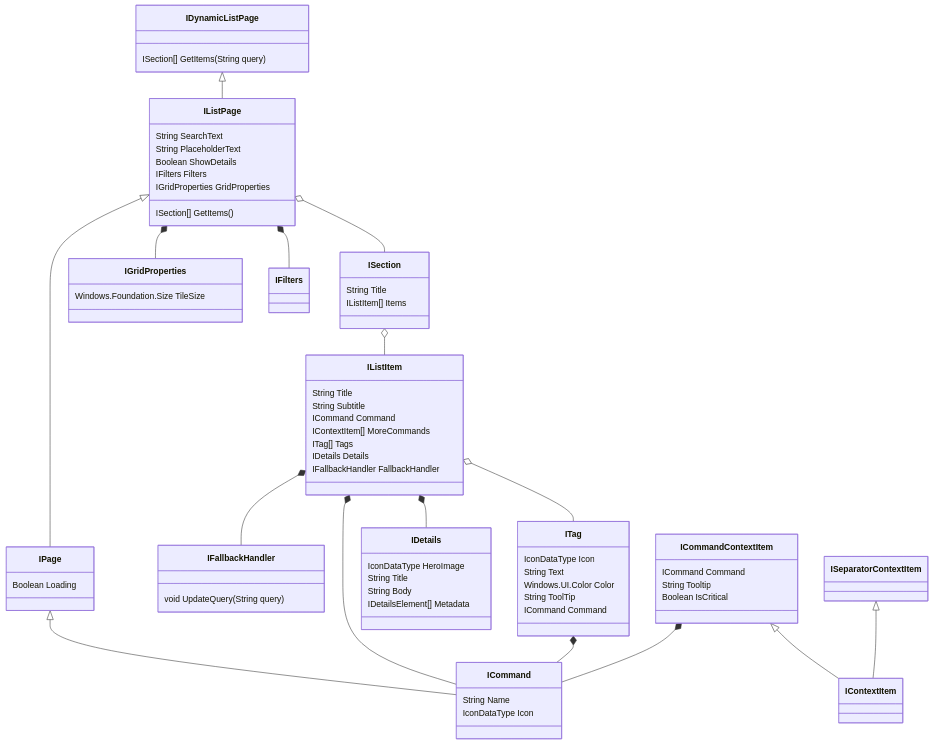
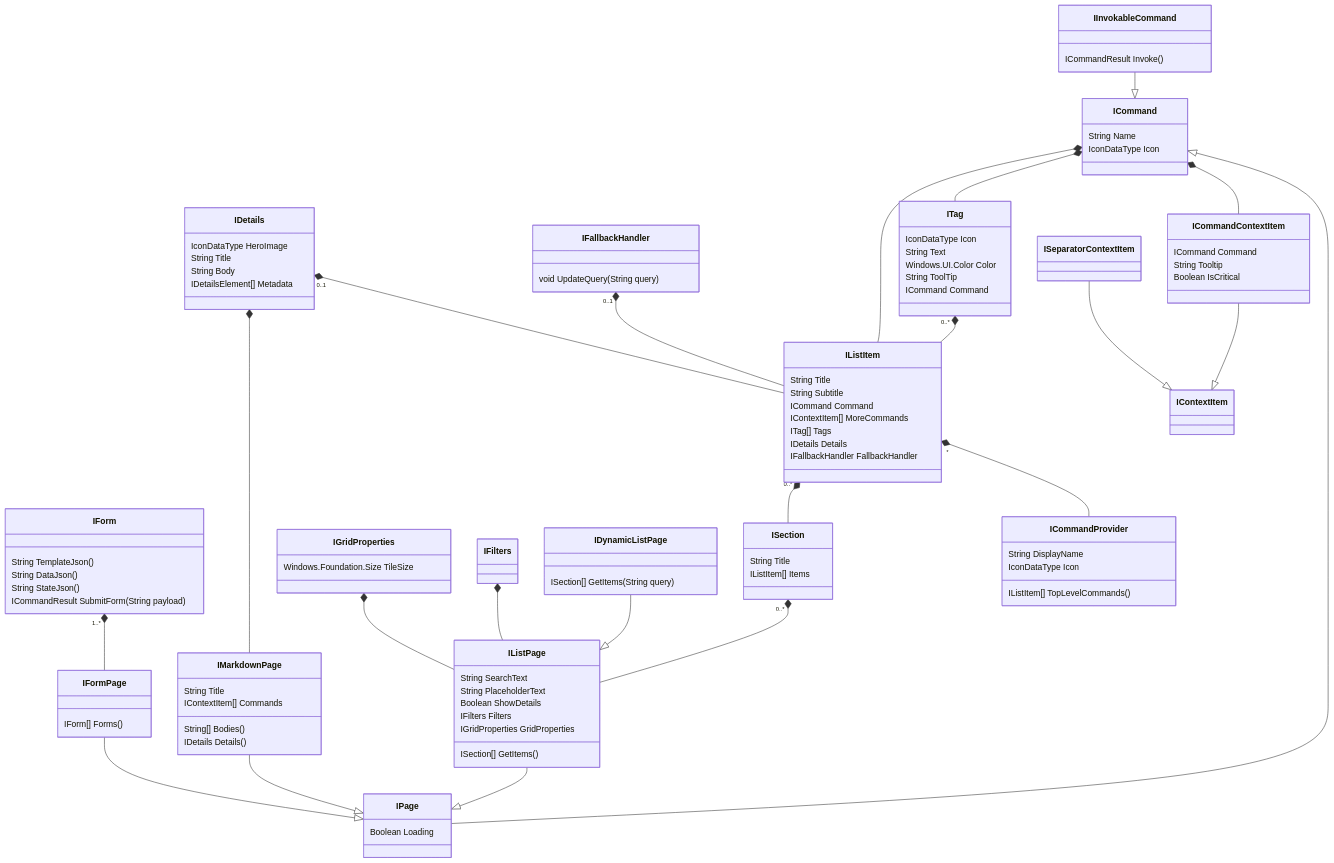
One commit to zadjii-msft/PowerToys changed the diagram in src/modules/cmdpal/doc/initial-sdk-spec/diagrams.md. Above: the diagram before and after it, drawn with Mermaid. The commit also changed other lines of this file and 1 other file, not shown here.

Commit message:
I actually like this diagram, it's not too bad

````diff
--- a/src/modules/cmdpal/doc/initial-sdk-spec/diagrams.md
+++ b/src/modules/cmdpal/doc/initial-sdk-spec/diagrams.md
@@ -53,15 +3,40 @@
 ```mermaid
 classDiagram
-
     class ICommand {
         String Name
         IconDataType Icon
     }
-    IPage <|-- ICommand
+    IPage --|> ICommand
     class IPage  {
         Boolean Loading
     }
 
+    IInvokableCommand --|> ICommand
+    class IInvokableCommand  {
+        ICommandResult Invoke()
+    }
+
+    class IForm {
+        String TemplateJson()
+        String DataJson()
+        String StateJson()
+        ICommandResult SubmitForm(String payload)
+    }
+    IFormPage --|> IPage
+    class IFormPage  {
+        IForm[] Forms()
+    }
+    IForm "1..*" *-- IFormPage
+
+    IMarkdownPage --|> IPage
+    class IMarkdownPage  {
+        String Title
+        String[] Bodies()
+        IDetails Details()
+        IContextItem[] Commands
+    }
+    %% IMarkdownPage *-- IDetails
+    IDetails *-- IMarkdownPage
     %%%%%%%%%
 
     class IFallbackHandler {
@@ -69,7 +44,7 @@
     }
 
 
-    %% IListItem <|-- INotifyPropChanged
+    %% IListItem --|> INotifyPropChanged
     class IListItem  {
         String Title
         String Subtitle
@@ -79,22 +54,22 @@
         IDetails Details
         IFallbackHandler FallbackHandler
     }
-    IListItem *-- ICommand
-    IListItem o-- ITag
-    IListItem *-- IDetails
-    IListItem *-- IFallbackHandler
+    ICommand *-- IListItem
+    ITag "0..*" *-- IListItem
+    IDetails "0..1" *-- IListItem
+    IFallbackHandler "0..1" *-- IListItem
 
     class ISection {
         String Title
         IListItem[] Items
     }
-    ISection o-- IListItem
+    IListItem "0..*" *-- ISection
 
     class IGridProperties  {
         Windows.Foundation.Size TileSize
     }
 
-    IListPage <|-- IPage
+    IListPage --|> IPage
     class IListPage  {
         String SearchText
         String PlaceholderText
@@ -104,16 +79,16 @@
 
         ISection[] GetItems()
     }
-    IListPage *-- IFilters
-    IListPage *-- IGridProperties
-    IListPage o-- ISection
+    IFilters *-- IListPage
+    IGridProperties *-- IListPage
+    ISection "0..*" *-- IListPage
 
-    IDynamicListPage <|-- IListPage
+    IDynamicListPage --|> IListPage
     class IDynamicListPage  {
         ISection[] GetItems(String query)
     }
 
-    %% IContextItem <|-- INotifyPropChanged
+    %% IContextItem --|> INotifyPropChanged
 
 
 
@@ -134,19 +109,28 @@
         String ToolTip
         ICommand Command
     }
-    ITag *-- ICommand
+    ICommand *-- ITag
 
     %%%%%%
     class IContextItem
 
-    ICommandContextItem <|-- IContextItem
+    ICommandContextItem --|> IContextItem
     class ICommandContextItem  {
         ICommand Command
         String Tooltip
         Boolean IsCritical
     }
-    ICommandContextItem *-- ICommand
+    ICommand *-- ICommandContextItem
 
-    ISeparatorContextItem <|-- IContextItem
+    ISeparatorContextItem --|> IContextItem
     class ISeparatorContextItem
+
+
+    class ICommandProvider {
+        String DisplayName
+        IconDataType Icon
+
+        IListItem[] TopLevelCommands()
+    }
+    IListItem "*" *-- ICommandProvider
 ```
````
